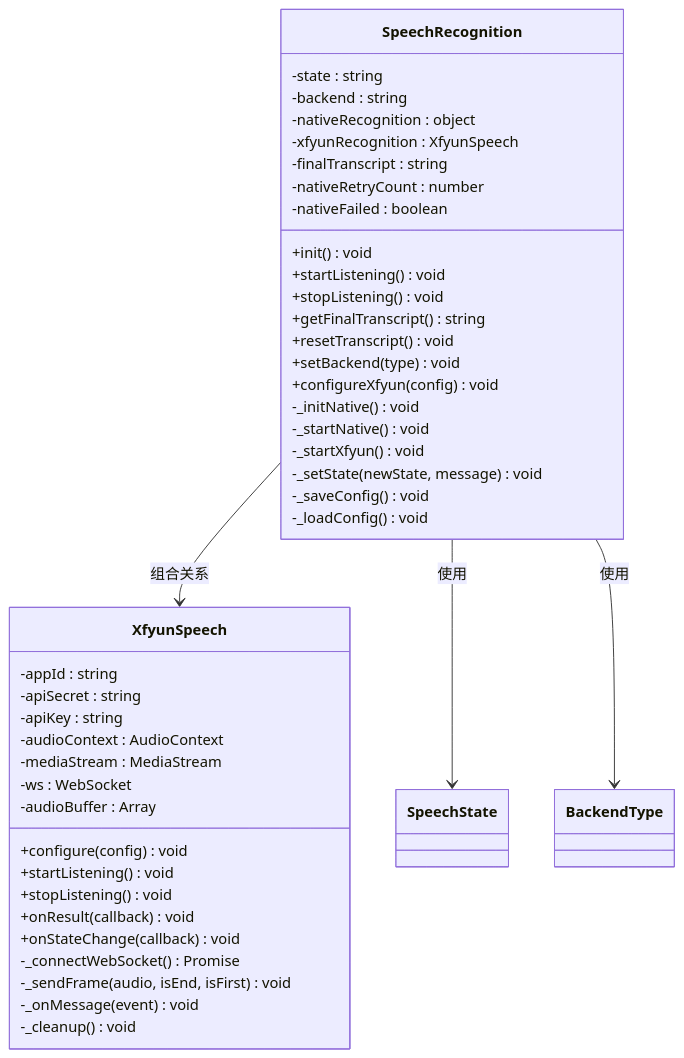
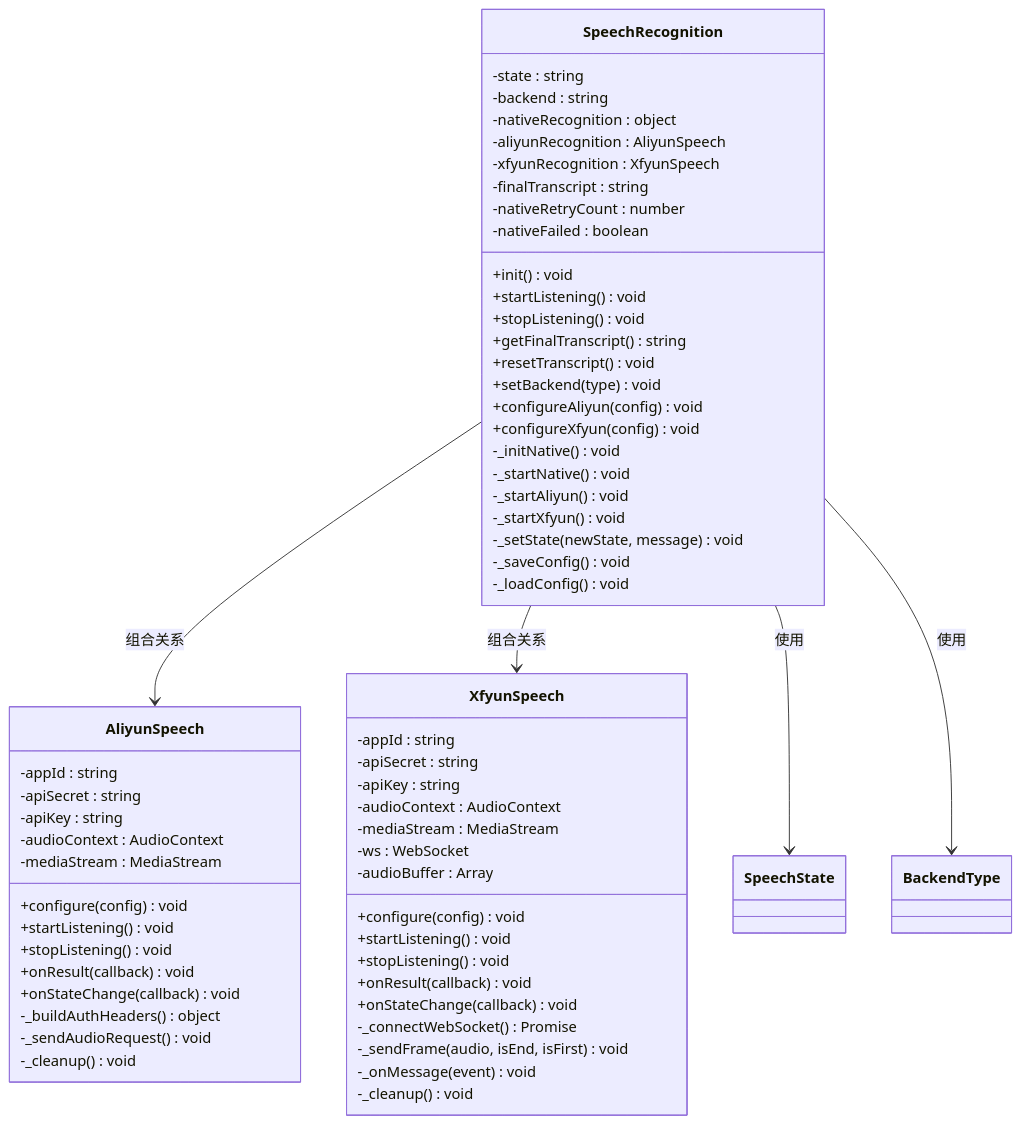
One commit to db300/MySpeechRecognition changed the seventh of 15 diagrams in .qoder/repowiki/zh/content/核心架构设计/核心架构设计.md. Above: the diagram before and after it, drawn with Mermaid. The commit also changed other lines of this file and 26 other files, not shown here.

````diff
--- a/.qoder/repowiki/zh/content/核心架构设计/核心架构设计.md
+++ b/.qoder/repowiki/zh/content/核心架构设计/核心架构设计.md
@@ -257,46 +294,65 @@
 ```mermaid
 classDiagram
 class SpeechRecognition {
 -state : string
 -backend : string
 -nativeRecognition : object
+-aliyunRecognition : AliyunSpeech
 -xfyunRecognition : XfyunSpeech
 -finalTranscript : string
 -nativeRetryCount : number
 -nativeFailed : boolean
 +init() void
 +startListening() void
 +stopListening() void
 +getFinalTranscript() string
 +resetTranscript() void
 +setBackend(type) void
++configureAliyun(config) void
 +configureXfyun(config) void
 -_initNative() void
 -_startNative() void
+-_startAliyun() void
 -_startXfyun() void
 -_setState(newState, message) void
 -_saveConfig() void
 -_loadConfig() void
+}
+class AliyunSpeech {
+-appId : string
+-apiSecret : string
+-apiKey : string
+-audioContext : AudioContext
+-mediaStream : MediaStream
++configure(config) void
++startListening() void
++stopListening() void
++onResult(callback) void
++onStateChange(callback) void
+-_buildAuthHeaders() object
+-_sendAudioRequest() void
+-_cleanup() void
 }
 class XfyunSpeech {
 -appId : string
 -apiSecret : string
 -apiKey : string
 -audioContext : AudioContext
 -mediaStream : MediaStream
 -ws : WebSocket
 -audioBuffer : Array
 +configure(config) void
 +startListening() void
 +stopListening() void
 +onResult(callback) void
 +onStateChange(callback) void
 -_connectWebSocket() Promise
 -_sendFrame(audio, isEnd, isFirst) void
 -_onMessage(event) void
 -_cleanup() void
 }
+SpeechRecognition --> AliyunSpeech : 组合关系
 SpeechRecognition --> XfyunSpeech : 组合关系
 SpeechRecognition --> SpeechState : 使用
 SpeechRecognition --> BackendType : 使用
 ```
````
